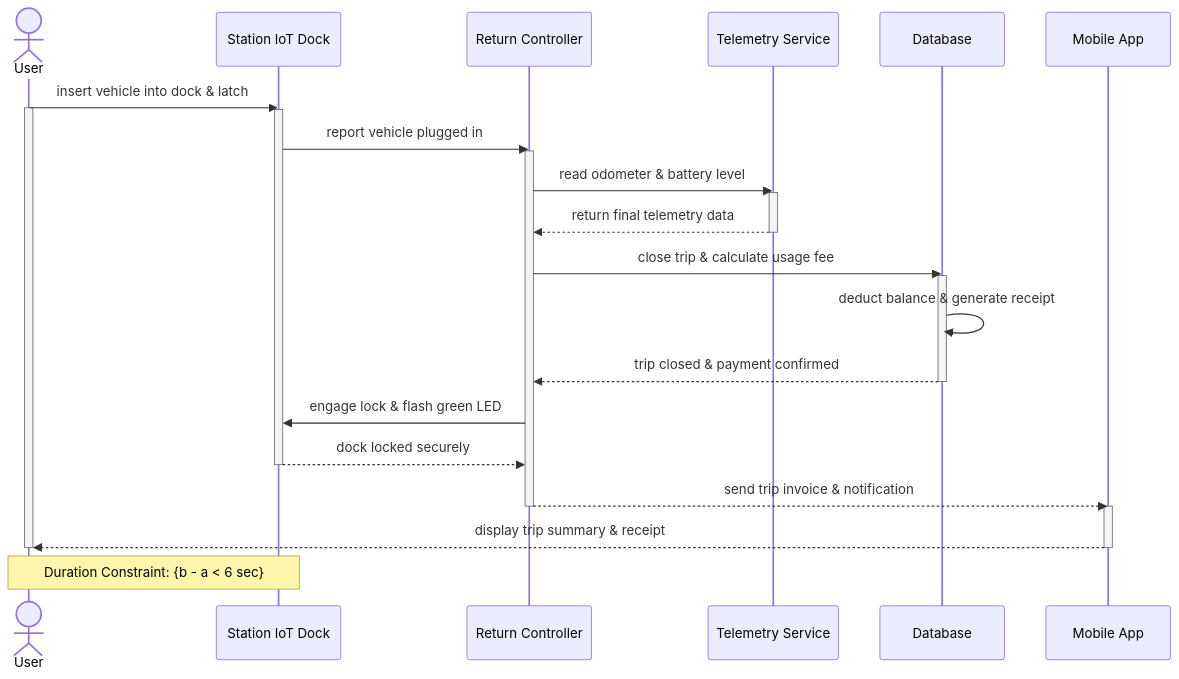
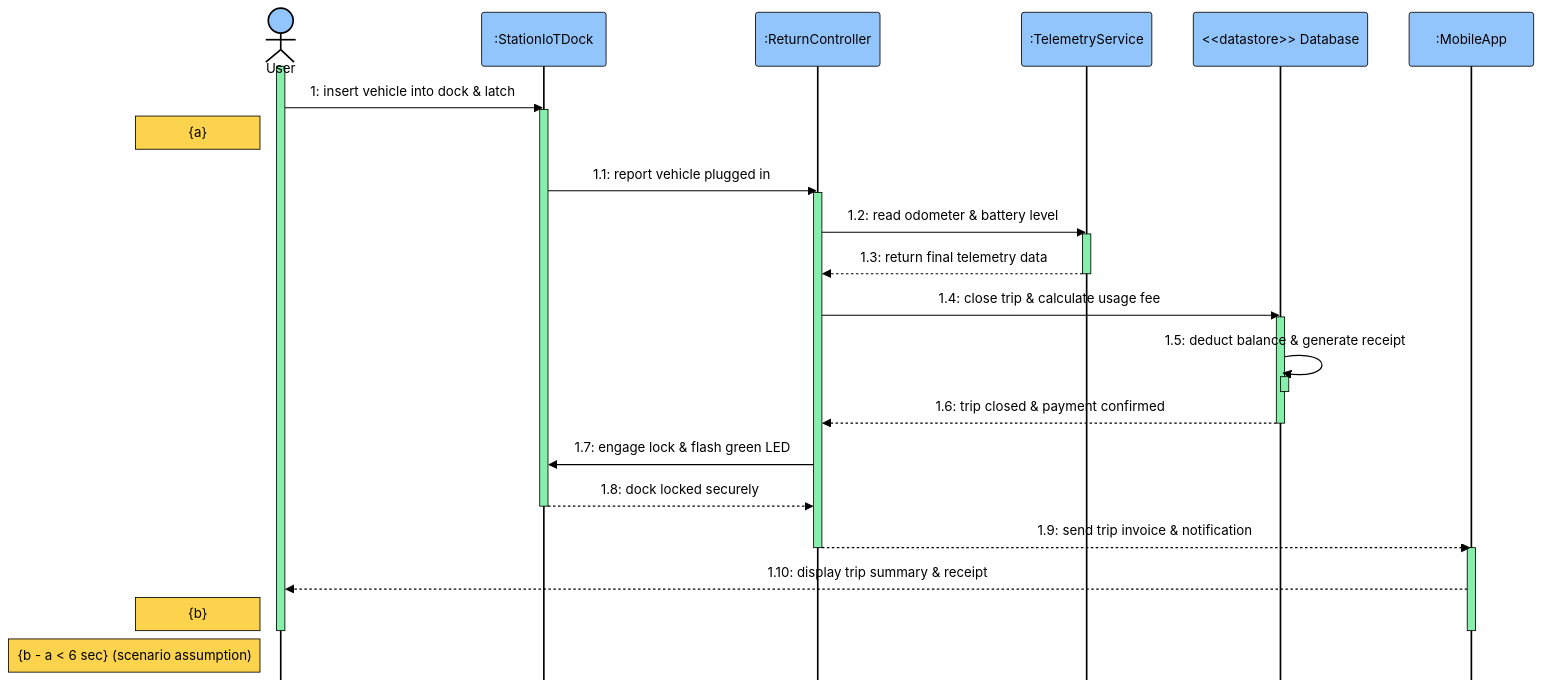
The sixth of 14 diagrams in 01_Diagram/02_Sequence_Diagram/PLANTUML_SEQUENCE.md (YdtTran/software-engineerning), drawn with Mermaid before and after one commit. The commit also changed other lines of this file and 217 other files, not shown here.

````diff
--- a/01_Diagram/02_Sequence_Diagram/PLANTUML_SEQUENCE.md
+++ b/01_Diagram/02_Sequence_Diagram/PLANTUML_SEQUENCE.md
@@ -272,34 +301,38 @@
 ```mermaid
-sequenceDiagram
-    actor User as User
-    participant Dock as Station IoT Dock
-    participant Ctrl as Return Controller
-    participant Tele as Telemetry Service
-    participant DB as Database
-    participant App as Mobile App
-
-    User->>Dock: insert vehicle into dock & latch
-    activate User
-    activate Dock
-    Dock->>Ctrl: report vehicle plugged in
-    activate Ctrl
-    Ctrl->>Tele: read odometer & battery level
-    activate Tele
-    Tele-->>Ctrl: return final telemetry data
-    deactivate Tele
-    Ctrl->>DB: close trip & calculate usage fee
-    activate DB
-    DB->>DB: deduct balance & generate receipt
-    DB-->>Ctrl: trip closed & payment confirmed
-    deactivate DB
-    Ctrl->>Dock: engage lock & flash green LED
-    Dock-->>Ctrl: dock locked securely
-    deactivate Dock
-    Ctrl-->>App: send trip invoice & notification
-    activate App
-    deactivate Ctrl
-    App-->>User: display trip summary & receipt
-    deactivate App
-    deactivate User
-    Note over User,Dock: Duration Constraint: {b - a < 6 sec}
+%%{init: {"theme":"base","fontFamily":"Segoe UI","themeVariables":{"fontSize":"16px","textColor":"#000000","primaryTextColor":"#000000","actorTextColor":"#000000","signalTextColor":"#000000","noteTextColor":"#000000","labelTextColor":"#000000","loopTextColor":"#000000","actorBkg":"#93c5fd","actorBorder":"#000000","activationBkgColor":"#86efac","activationBorderColor":"#000000","noteBkgColor":"#fcd34d","noteBorderColor":"#000000","labelBoxBorderColor":"#000000","labelBoxBkgColor":"#93c5fd","background":"#ffffff"},"sequence":{"actorFontSize":18,"messageFontSize":16,"noteFontSize":14,"mirrorActors":false}}}%%
+    sequenceDiagram
+        actor P0 as User
+        participant P1 as :StationIoTDock
+        participant P2 as :ReturnController
+        participant P3 as :TelemetryService
+        participant P4 as <<datastore>> Database
+        participant P5 as :MobileApp
+    activate P0
+    P0->>P1: 1: insert vehicle into dock & latch
+    activate P1
+    Note left of P0: {a}
+    P1->>P2: 1.1: report vehicle plugged in
+    activate P2
+    P2->>P3: 1.2: read odometer & battery level
+    activate P3
+    P3-->>P2: 1.3: return final telemetry data
+    deactivate P3
+    P2->>P4: 1.4: close trip & calculate usage fee
+    activate P4
+    P4->>P4: 1.5: deduct balance & generate receipt
+    activate P4
+    deactivate P4
+    P4-->>P2: 1.6: trip closed & payment confirmed
+    deactivate P4
+    P2->>P1: 1.7: engage lock & flash green LED
+    P1-->>P2: 1.8: dock locked securely
+    deactivate P1
+    P2-->>P5: 1.9: send trip invoice & notification
+    activate P5
+    deactivate P2
+    P5-->>P0: 1.10: display trip summary & receipt
+    Note left of P0: {b}
+    deactivate P0
+    deactivate P5
+    Note left of P0: {b - a < 6 sec} (scenario assumption)
 ```
````
